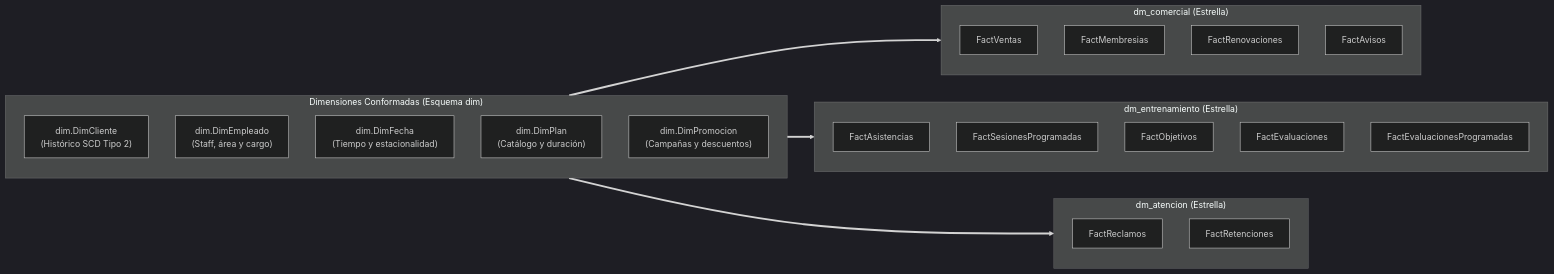
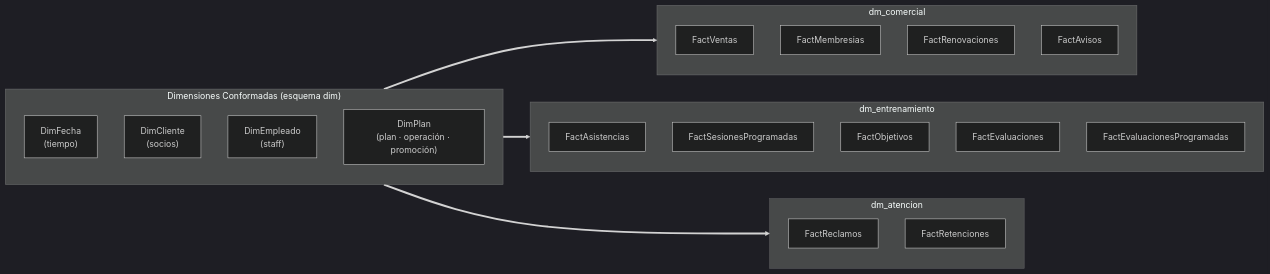
The first of 13 diagrams in README.md (leroy-s2/vip-center-fit-bi), drawn with Mermaid (dark theme) before and after one commit. The commit also changed other lines of this file and 26 other files, not shown here.

````diff
--- a/README.md
+++ b/README.md
@@ -119,35 +60,34 @@
 ```mermaid
 flowchart LR
-  subgraph DimensionesConformadas["Dimensiones Conformadas (Esquema dim)"]
+  subgraph DIM["Dimensiones Conformadas (esquema dim)"]
     direction TB
-    DC["dim.DimCliente<br>(Histórico SCD Tipo 2)"]
-    DE["dim.DimEmpleado<br>(Staff, área y cargo)"]
-    DF["dim.DimFecha<br>(Tiempo y estacionalidad)"]
-    DP["dim.DimPlan<br>(Catálogo y duración)"]
-    DPR["dim.DimPromocion<br>(Campañas y descuentos)"]
+    DF["DimFecha<br>(tiempo)"]
+    DC["DimCliente<br>(socios)"]
+    DE["DimEmpleado<br>(staff)"]
+    DP["DimPlan<br>(plan · operación · promoción)"]
   end
 
-  subgraph DMC["dm_comercial (Estrella)"]
+  subgraph DMC["dm_comercial"]
     FV["FactVentas"]
     FM["FactMembresias"]
     FR["FactRenovaciones"]
     FA["FactAvisos"]
   end
 
-  subgraph DME["dm_entrenamiento (Estrella)"]
+  subgraph DME["dm_entrenamiento"]
     FAS["FactAsistencias"]
     FSP["FactSesionesProgramadas"]
     FO["FactObjetivos"]
     FE["FactEvaluaciones"]
     FEP["FactEvaluacionesProgramadas"]
   end
 
-  subgraph DMA["dm_atencion (Estrella)"]
+  subgraph DMA["dm_atencion"]
     FRE["FactReclamos"]
     FRT["FactRetenciones"]
   end
 
-  DimensionesConformadas ==> DMC
-  DimensionesConformadas ==> DME
-  DimensionesConformadas ==> DMA
+  DIM ==> DMC
+  DIM ==> DME
+  DIM ==> DMA
 ```
````
